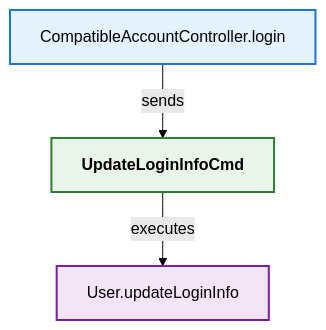
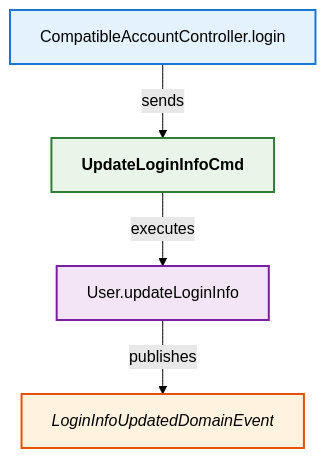
Before and after one commit to LDmoxeii/only-danmuku: the diagram in analysis/CompatibleAccountController_login.mmd, drawn with Mermaid (forest theme). The commit also changed 3 other files, not shown here.

Commit message:
feat(user): 更新用户登录信息并发布领域事件- 在 User 实体中新增 updateLoginInfo 方法以记录登录时间和 IP - 发布 LoginInfoUpdatedDomainEvent 领域事件 - 新增 LoginInfoUpdatedDomainEvent 类定义 - 新增事件订阅者 LoginInfoUpdatedDomainEventSubscriber - 更新 CompatibleAccountController_login.mmd 以反映新事件流程

```diff
--- a/analysis/CompatibleAccountController_login.mmd
+++ b/analysis/CompatibleAccountController_login.mmd
@@ -1,31 +1,34 @@
 flowchart TB
 
     N1["CompatibleAccountController.login"]
     class N1 controllermethod;
 
     C1["UpdateLoginInfoCmd"]
     class C1 command;
     A1["User.updateLoginInfo"]
     class A1 entitymethod;
+    E1["LoginInfoUpdatedDomainEvent"]
+    class E1 domainevent;
 
     %% Relationships
     N1 -->|sends| C1
     C1 -->|executes| A1
+    A1 -->|publishes| E1
 
     %% Styles
     classDef controller fill:#e3f2fd,stroke:#1565c0,stroke-width:2px,font-weight:bold;
     classDef controllermethod fill:#e3f2fd,stroke:#1976d2,stroke-width:2px;
     classDef endpoint fill:#e3f2fd,stroke:#42a5f5,stroke-width:2px;
     classDef commandsender fill:#e3f2fd,stroke:#1565c0,stroke-width:2px,font-style:italic;
     classDef commandsendermethod fill:#e3f2fd,stroke:#1976d2,stroke-width:2px,font-style:italic;
     classDef command fill:#e8f5e8,stroke:#2e7d32,stroke-width:2px,font-weight:bold;
     classDef commandhandler fill:#e8f5e8,stroke:#388e3c,stroke-width:2px,font-weight:bold;
     classDef aggregate fill:#fff8e1,stroke:#ff8f00,stroke-width:3px,font-weight:bold;
     classDef entitymethod fill:#f3e5f5,stroke:#7b1fa2,stroke-width:2px;
     classDef domainevent fill:#fff3e0,stroke:#e65100,stroke-width:2px,font-style:italic;
     classDef domaineventhandler fill:#fff3e0,stroke:#ef6c00,stroke-width:2px,font-weight:bold;
     classDef integrationevent fill:#fce4ec,stroke:#880e4f,stroke-width:2px;
     classDef integrationeventhandler fill:#fce4ec,stroke:#ad1457,stroke-width:2px,font-weight:bold;
     classDef integrationeventconverter fill:#e3f2fd,stroke:#0277bd,stroke-width:2px;
     classDef repo fill:#d6dbdf,stroke:#85929e,stroke-width:2px;
     classDef uow fill:#f2f4f4,stroke:#7f8c8d,stroke-width:2px;
```
